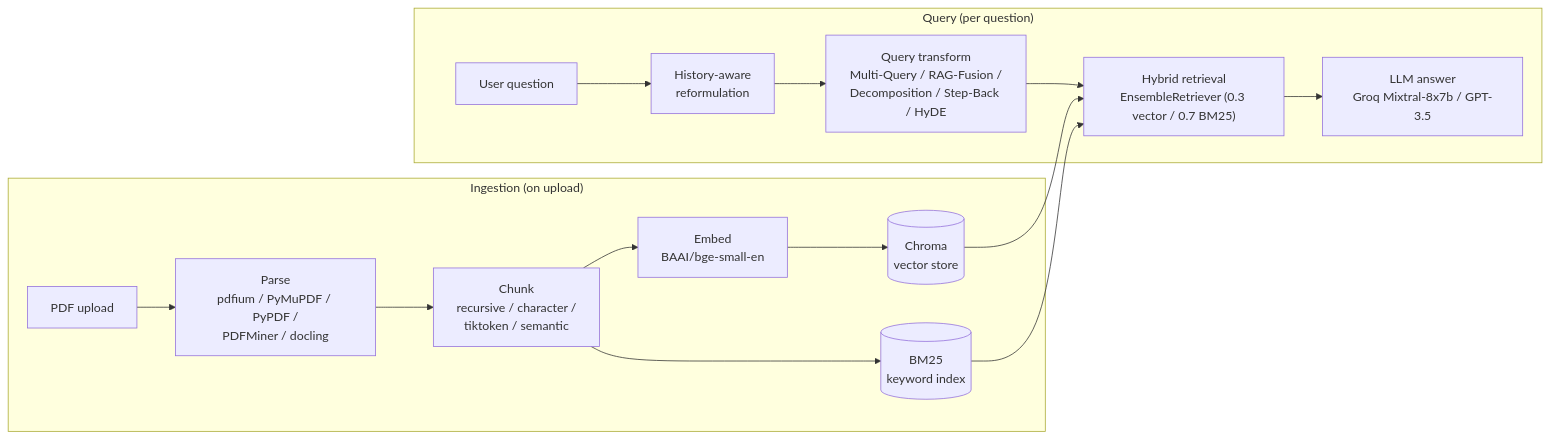
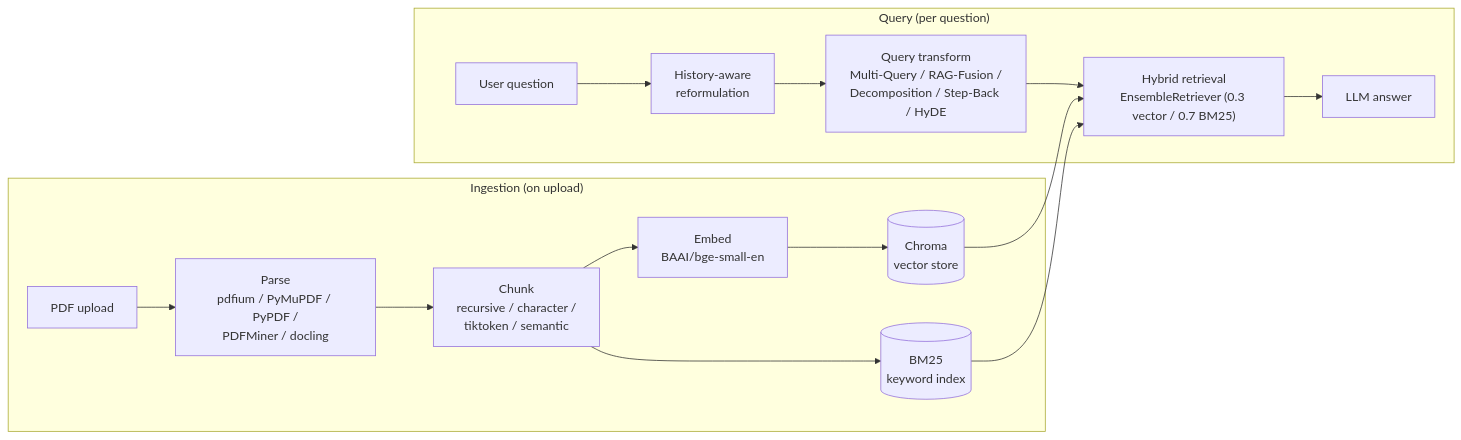
Before and after one commit to ravivarmapatturi/qa_rag_application: the first of 2 diagrams in README.md, drawn with Mermaid. The commit also changed other lines of this file, not shown here.

````diff
--- a/README.md
+++ b/README.md
@@ -31,19 +36,19 @@
 ```mermaid
 flowchart LR
     subgraph Ingest["Ingestion (on upload)"]
         A[PDF upload] --> B["Parse\npdfium / PyMuPDF / PyPDF /\nPDFMiner / docling"]
         B --> C["Chunk\nrecursive / character /\ntiktoken / semantic"]
         C --> D["Embed\nBAAI/bge-small-en"]
         D --> E[(Chroma\nvector store)]
         C --> F[(BM25\nkeyword index)]
     end
 
     subgraph Query["Query (per question)"]
         G[User question] --> H[History-aware\nreformulation]
         H --> I["Query transform\nMulti-Query / RAG-Fusion /\nDecomposition / Step-Back / HyDE"]
         I --> J["Hybrid retrieval\nEnsembleRetriever (0.3 vector / 0.7 BM25)"]
         E --> J
         F --> J
-        J --> K[LLM answer\nGroq Mixtral-8x7b / GPT-3.5]
+        J --> K[LLM answer]
     end
 ```
````
